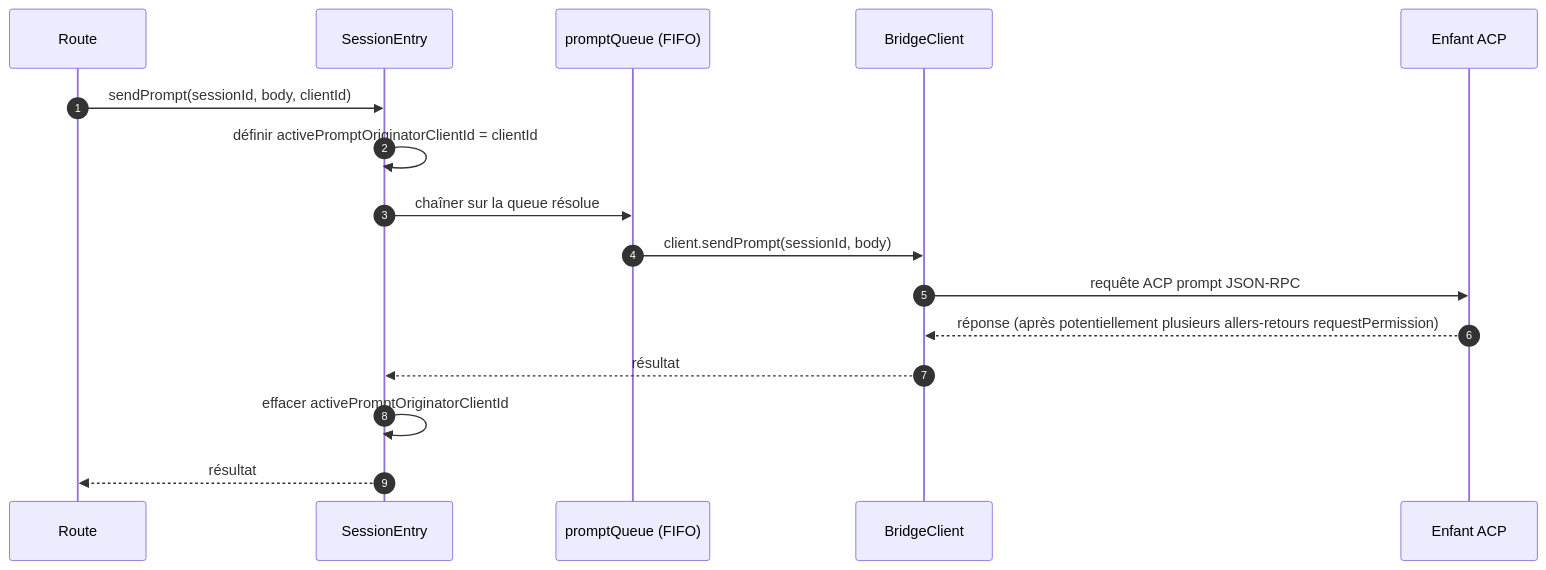
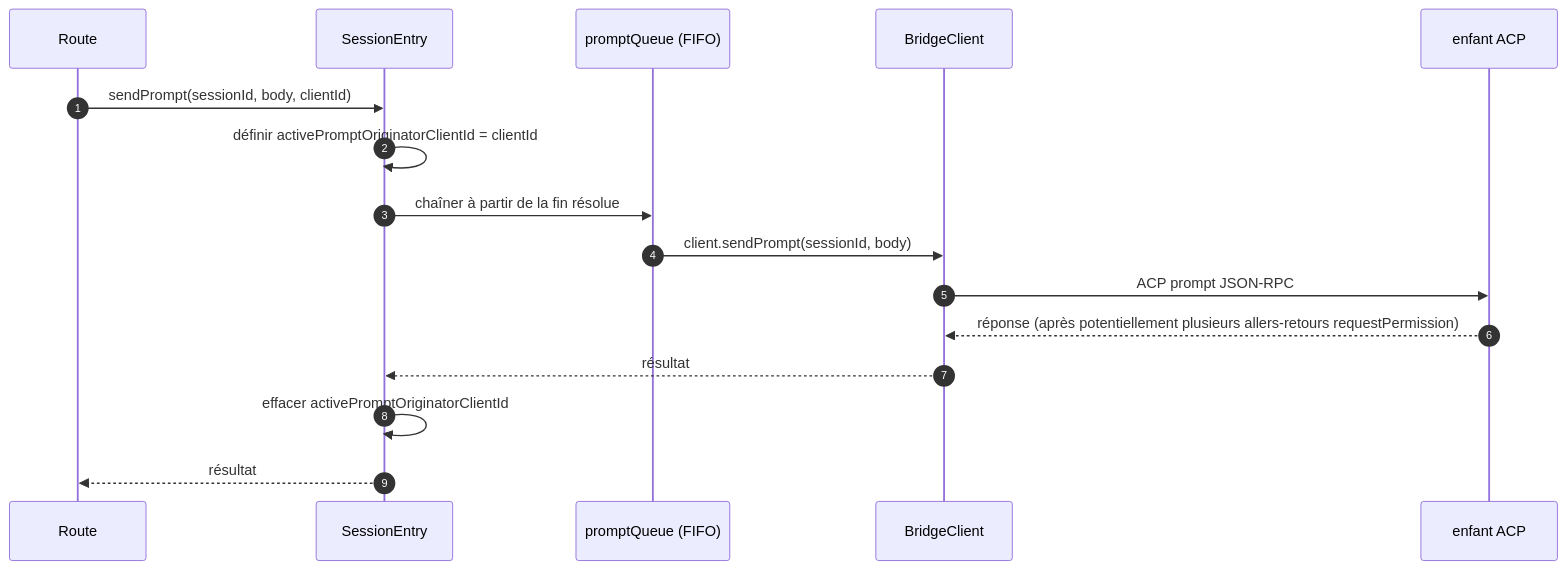
One commit to QwenLM/qwen-code-docs changed the second of 4 diagrams in website/content/fr/developers/daemon/03-acp-bridge.md. Above: the diagram before and after it, drawn with Mermaid. The commit also changed other lines of this file and 162 other files, not shown here.

````diff
--- a/website/content/fr/developers/daemon/03-acp-bridge.md
+++ b/website/content/fr/developers/daemon/03-acp-bridge.md
@@ -98,19 +105,19 @@
 ```mermaid
 sequenceDiagram
     autonumber
     participant R as Route
     participant E as SessionEntry
     participant Q as promptQueue (FIFO)
     participant BC as BridgeClient
-    participant ACP as Enfant ACP
+    participant ACP as enfant ACP
 
     R->>E: sendPrompt(sessionId, body, clientId)
     E->>E: définir activePromptOriginatorClientId = clientId
-    E->>Q: chaîner sur la queue résolue
+    E->>Q: chaîner à partir de la fin résolue
     Q->>BC: client.sendPrompt(sessionId, body)
-    BC->>ACP: requête ACP prompt JSON-RPC
+    BC->>ACP: ACP prompt JSON-RPC
     ACP-->>BC: réponse (après potentiellement plusieurs allers-retours requestPermission)
     BC-->>E: résultat
     E->>E: effacer activePromptOriginatorClientId
     E-->>R: résultat
 ```
````
